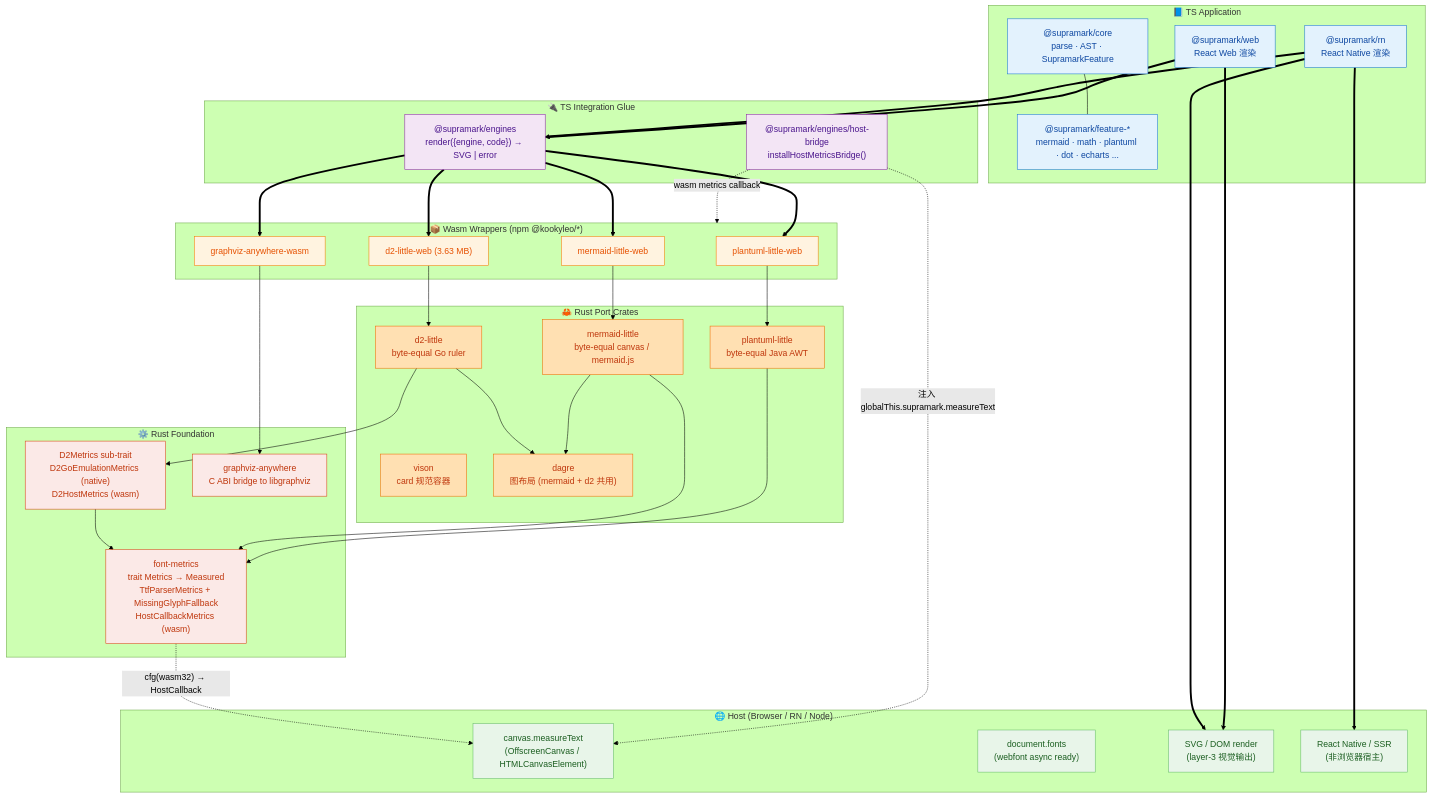
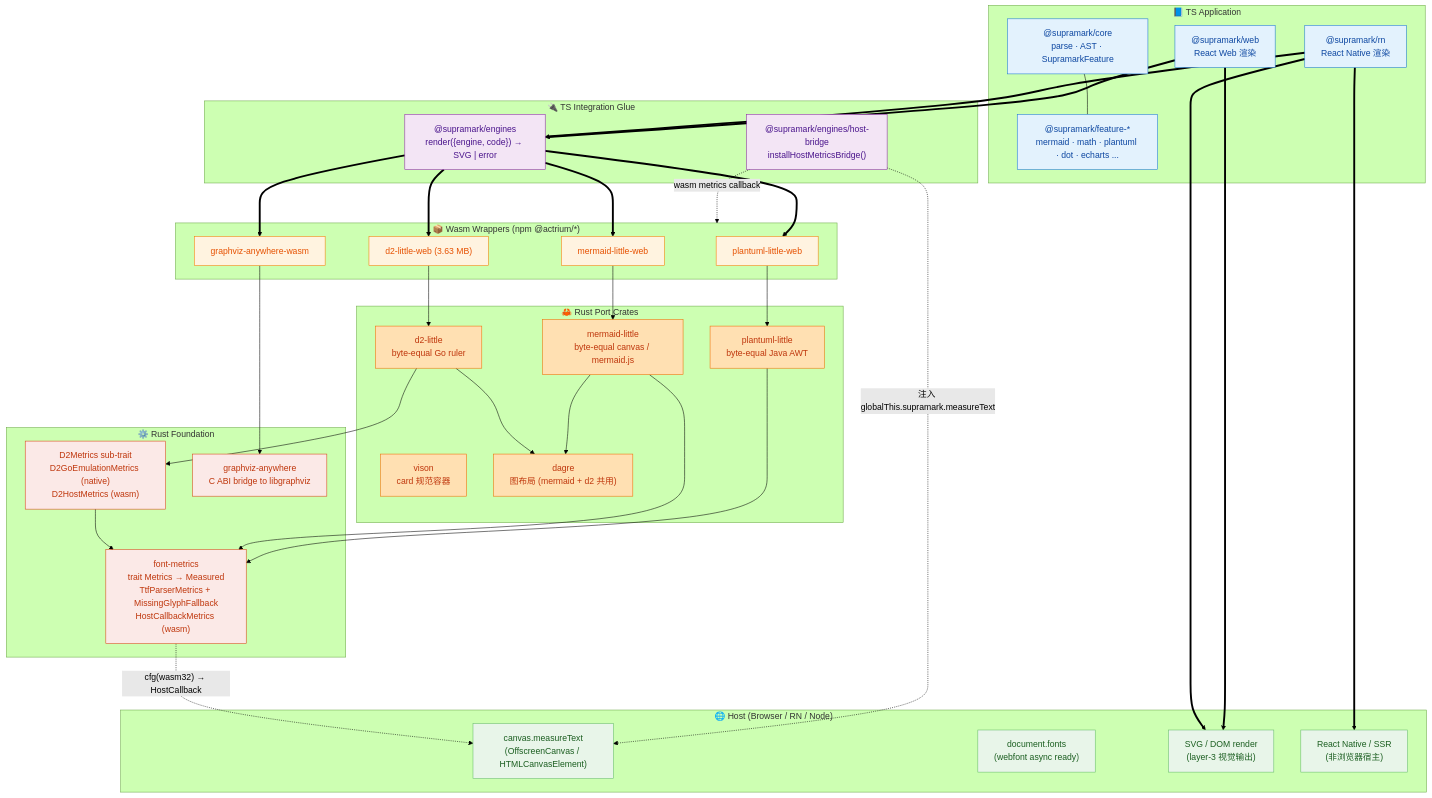
The diagram in docs/architecture/dependency-graph.md (Actrium/supramark), drawn with Mermaid (forest theme) before and after one commit. The commit also changed other lines of this file and 97 other files, not shown here.

First line of the commit message:
chore: rename @kookyleo/* package scope to @actrium/*

```diff
--- a/docs/architecture/dependency-graph.md
+++ b/docs/architecture/dependency-graph.md
@@ -26,7 +26,7 @@
     HostBridge["@supramark/engines/host-bridge\ninstallHostMetricsBridge()"]
   end
 
-  subgraph wasm["📦 Wasm Wrappers (npm @kookyleo/*)"]
+  subgraph wasm["📦 Wasm Wrappers (npm @actrium/*)"]
     PUWeb["plantuml-little-web"]
     MWeb["mermaid-little-web"]
     DWeb["d2-little-web (3.63 MB)"]
```
